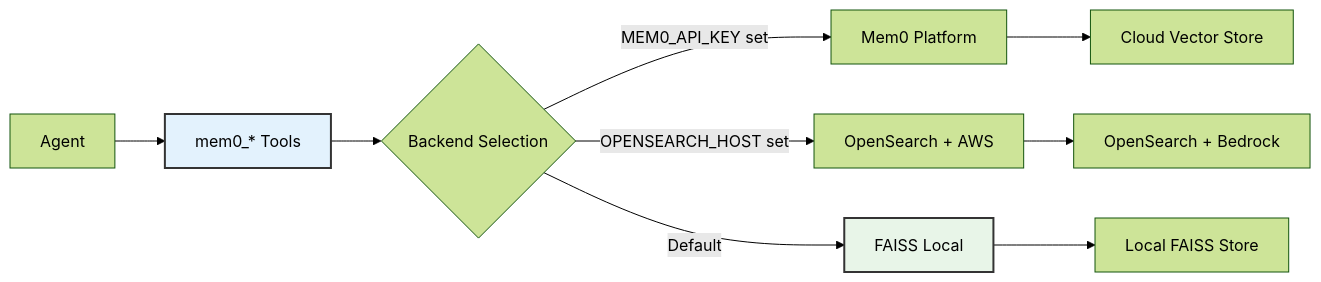
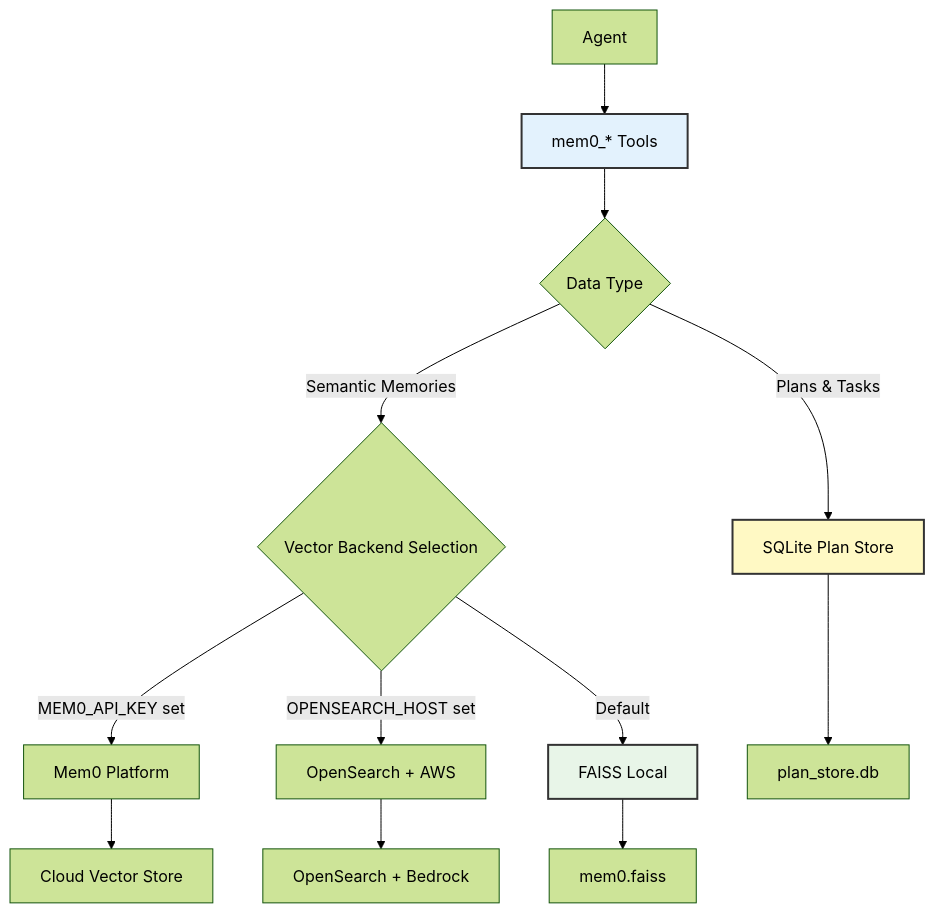
Before and after one commit to double16/Cyber-AutoAgent-ng: the first of 2 diagrams in docs/memory.md, drawn with Mermaid (forest theme). The commit also changed other lines of this file and 93 other files, not shown here.

First line of the commit message:
Store plan and tasks in sqlite (#90)

````diff
--- a/docs/memory.md
+++ b/docs/memory.md
@@ -15,16 +18,21 @@
 ```mermaid
-graph LR
+graph TD
     A[Agent] --> B[mem0_* Tools]
-    B --> C{Backend Selection}
+    B --> C{Data Type}
 
-    C -->|MEM0_API_KEY set| D[Mem0 Platform]
-    C -->|OPENSEARCH_HOST set| E[OpenSearch + AWS]
-    C -->|Default| F[FAISS Local]
+    C -->|Plans & Tasks| D[SQLite Plan Store]
+    C -->|Semantic Memories| E{Vector Backend Selection}
 
-    D --> G[Cloud Vector Store]
-    E --> H[OpenSearch + Bedrock]
-    F --> I[Local FAISS Store]
+    E -->|MEM0_API_KEY set| F[Mem0 Platform]
+    E -->|OPENSEARCH_HOST set| G[OpenSearch + AWS]
+    E -->|Default| H[FAISS Local]
+
+    D --> I[plan_store.db]
+    F --> J[Cloud Vector Store]
+    G --> K[OpenSearch + Bedrock]
+    H --> L[mem0.faiss]
 
     style B fill:#e3f2fd,stroke:#333,stroke-width:2px
-    style F fill:#e8f5e8,stroke:#333,stroke-width:2px
+    style D fill:#fff9c4,stroke:#333,stroke-width:2px
+    style H fill:#e8f5e8,stroke:#333,stroke-width:2px
 ```
````
